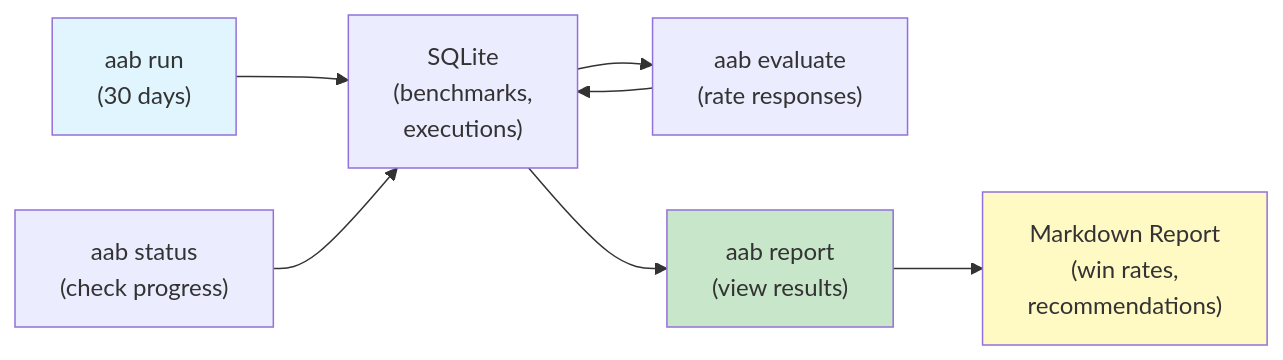
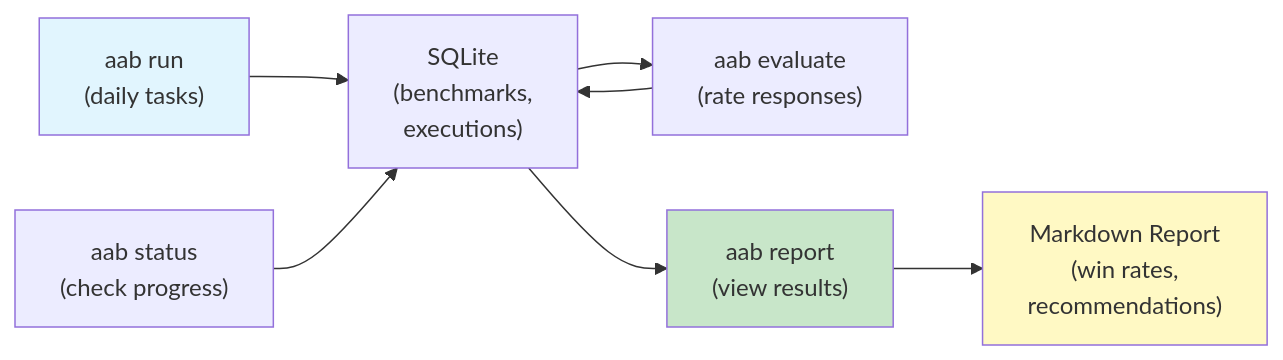
Before and after one commit to theprodsde/agent-assist-bench: the third of 3 diagrams in README.md, drawn with Mermaid. The commit also changed other lines of this file and 12 other files, not shown here.

````diff
--- a/README.md
+++ b/README.md
@@ -251,18 +251,18 @@
 ```mermaid
 graph LR
-    Run["aab run<br/>(30 days)"]
+    Run["aab run<br/>(daily tasks)"]
     Status["aab status<br/>(check progress)"]
     Evaluate["aab evaluate<br/>(rate responses)"]
     Report["aab report<br/>(view results)"]
     
     Run --> DB["SQLite<br/>(benchmarks,<br/>executions)"]
     Status --> DB
     DB --> Evaluate
     Evaluate --> DB
     DB --> Report
     Report --> Recommendations["Markdown Report<br/>(win rates,<br/>recommendations)"]
     
     style Run fill:#e1f5fe
     style Report fill:#c8e6c9
     style Recommendations fill:#fff9c4
 ```
````
